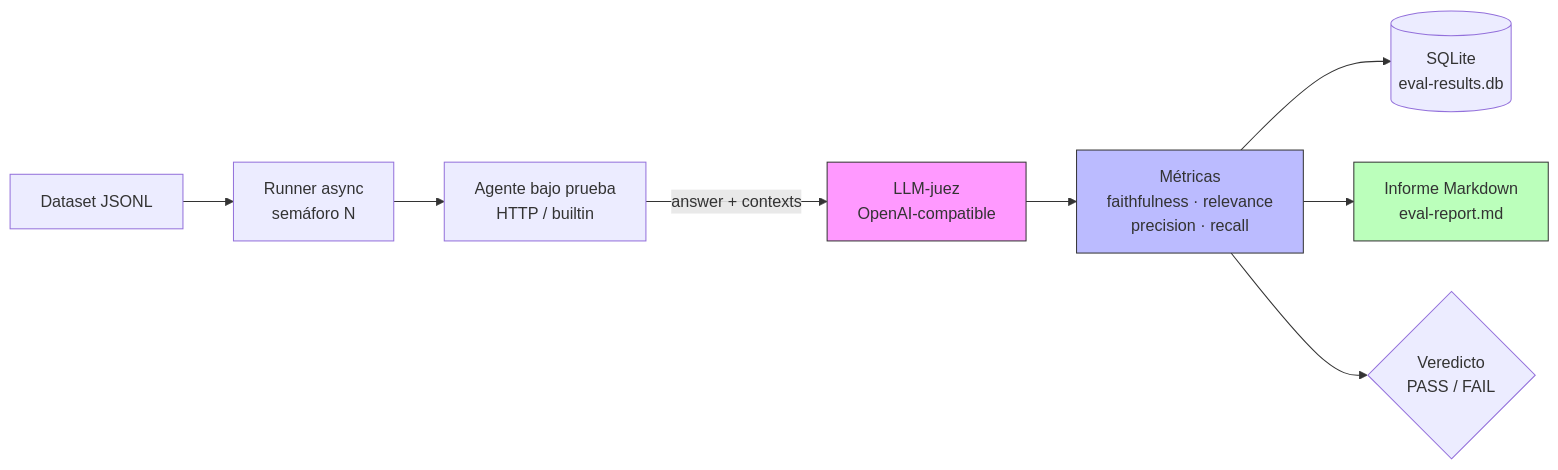
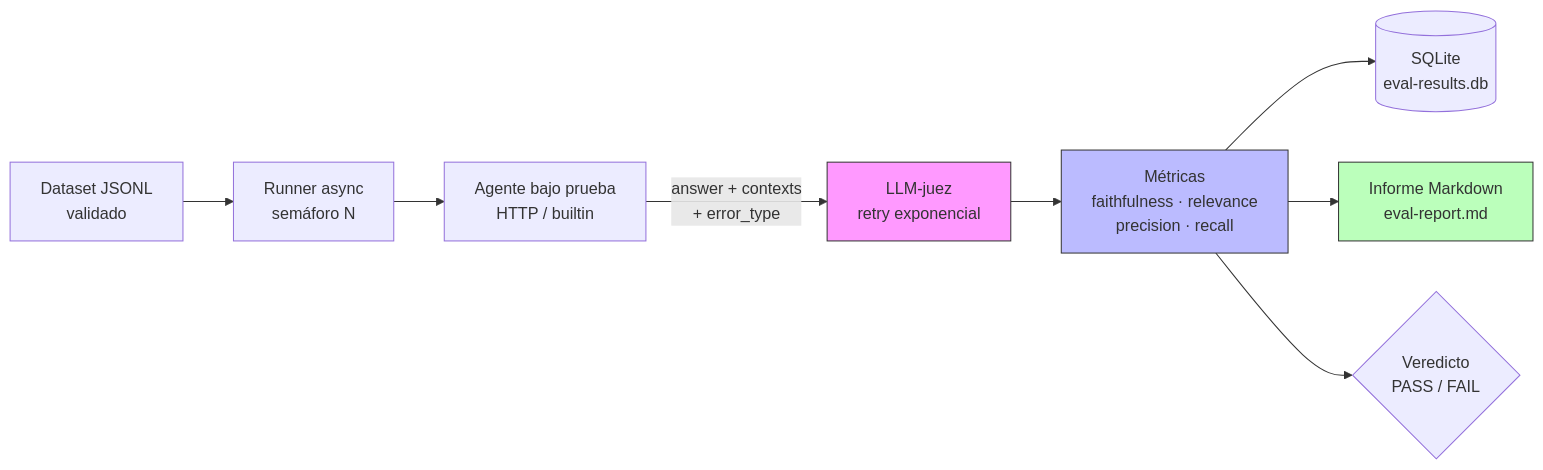
Before and after one commit to orbitalronin94/Agent-Eval: the diagram in README.md, drawn with Mermaid. The commit also changed other lines of this file, not shown here.

````diff
--- a/README.md
+++ b/README.md
@@ -40,13 +40,13 @@
 ```mermaid
 flowchart LR
-    D[Dataset JSONL] --> R[Runner async<br/>semáforo N]
+    D[Dataset JSONL<br/>validado] --> R[Runner async<br/>semáforo N]
     R --> A[Agente bajo prueba<br/>HTTP / builtin]
-    A -->|answer + contexts| J[LLM-juez<br/>OpenAI-compatible]
+    A -->|answer + contexts<br/>+ error_type| J[LLM-juez<br/>retry exponencial]
     J --> M[Métricas<br/>faithfulness · relevance<br/>precision · recall]
     M --> S[(SQLite<br/>eval-results.db)]
     M --> MD[Informe Markdown<br/>eval-report.md]
     M --> V{Veredicto<br/>PASS / FAIL}
     style J fill:#f9f,stroke:#333
     style M fill:#bbf,stroke:#333
     style MD fill:#bfb,stroke:#333
 ```
````
